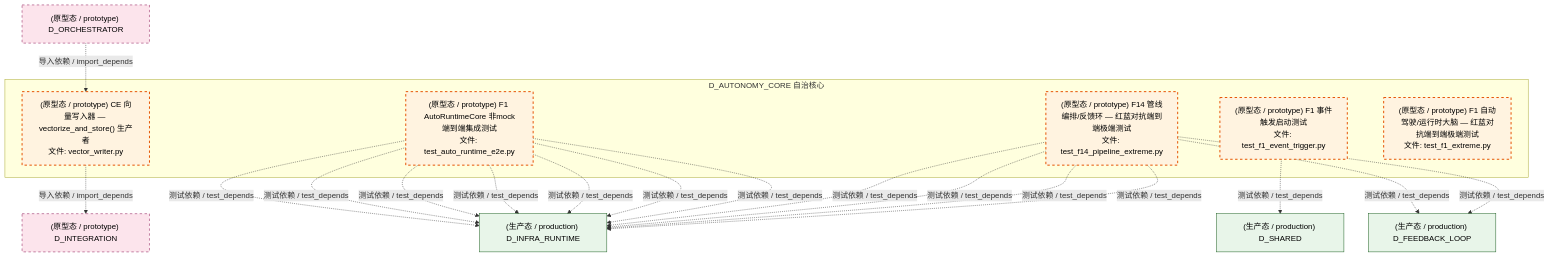
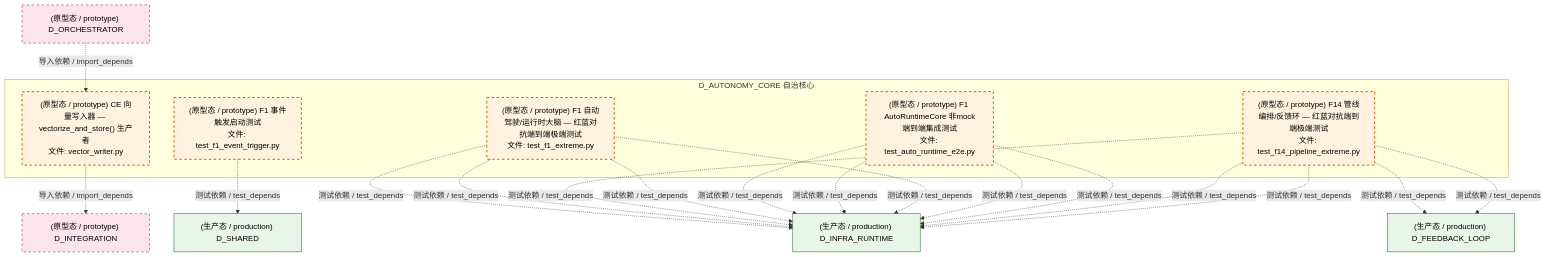
Before and after one commit to xuanFelixVan/ZephyrAlpha: the seventh of 8 diagrams in docs/02_enterprise_architecture/02_domain_architecture_docs/07_d_autonomy_core.md, drawn with Mermaid. The commit also changed 85 other files, not shown here.

````diff
--- a/docs/02_enterprise_architecture/02_domain_architecture_docs/07_d_autonomy_core.md
+++ b/docs/02_enterprise_architecture/02_domain_architecture_docs/07_d_autonomy_core.md
@@ -744,38 +744,38 @@
 ```mermaid
 graph TD
     subgraph D_AUTONOMY_CORE["D_AUTONOMY_CORE 自治核心"]
         src_zephyr_integration_vector_memory_vector_writer_py["(原型态 / prototype) CE 向量写入器 — vectorize_and_store() 生产者<br/>文件: vector_writer.py"]
         tests_automation_test_auto_runtime_e2e_py["(原型态 / prototype) F1 AutoRuntimeCore 非mock端到端集成测试<br/>文件: test_auto_runtime_e2e.py"]
         tests_f_lifecycle_test_f1_event_trigger_py["(原型态 / prototype) F1 事件触发启动测试<br/>文件: test_f1_event_trigger.py"]
         tests_trading_extreme_test_f14_pipeline_extreme_py["(原型态 / prototype) F14 管线编排/反馈环 — 红蓝对抗端到端极端测试<br/>文件: test_f14_pipeline_extreme.py"]
         tests_trading_extreme_test_f1_extreme_py["(原型态 / prototype) F1 自动驾驶/运行时大脑 — 红蓝对抗端到端极端测试<br/>文件: test_f1_extreme.py"]
     end
+    D_SHARED["(生产态 / production) D_SHARED"]
+    tests_f_lifecycle_test_f1_event_trigger_py -.->|测试依赖 / test_depends| D_SHARED
+    D_INFRA_RUNTIME["(生产态 / production) D_INFRA_RUNTIME"]
+    tests_trading_extreme_test_f14_pipeline_extreme_py -.->|测试依赖 / test_depends| D_INFRA_RUNTIME
+    tests_trading_extreme_test_f14_pipeline_extreme_py -.->|测试依赖 / test_depends| D_INFRA_RUNTIME
+    tests_automation_test_auto_runtime_e2e_py -.->|测试依赖 / test_depends| D_INFRA_RUNTIME
+    tests_automation_test_auto_runtime_e2e_py -.->|测试依赖 / test_depends| D_INFRA_RUNTIME
+    tests_trading_extreme_test_f1_extreme_py -.->|测试依赖 / test_depends| D_INFRA_RUNTIME
+    tests_automation_test_auto_runtime_e2e_py -.->|测试依赖 / test_depends| D_INFRA_RUNTIME
+    D_FEEDBACK_LOOP["(生产态 / production) D_FEEDBACK_LOOP"]
+    tests_trading_extreme_test_f14_pipeline_extreme_py -.->|测试依赖 / test_depends| D_FEEDBACK_LOOP
+    tests_automation_test_auto_runtime_e2e_py -.->|测试依赖 / test_depends| D_INFRA_RUNTIME
+    tests_trading_extreme_test_f1_extreme_py -.->|测试依赖 / test_depends| D_INFRA_RUNTIME
+    tests_trading_extreme_test_f14_pipeline_extreme_py -.->|测试依赖 / test_depends| D_FEEDBACK_LOOP
     D_INTEGRATION["(原型态 / prototype) D_INTEGRATION"]
     src_zephyr_integration_vector_memory_vector_writer_py -.->|导入依赖 / import_depends| D_INTEGRATION
-    D_INFRA_RUNTIME["(生产态 / production) D_INFRA_RUNTIME"]
-    tests_automation_test_auto_runtime_e2e_py -.->|测试依赖 / test_depends| D_INFRA_RUNTIME
-    tests_automation_test_auto_runtime_e2e_py -.->|测试依赖 / test_depends| D_INFRA_RUNTIME
-    tests_automation_test_auto_runtime_e2e_py -.->|测试依赖 / test_depends| D_INFRA_RUNTIME
-    tests_automation_test_auto_runtime_e2e_py -.->|测试依赖 / test_depends| D_INFRA_RUNTIME
-    tests_automation_test_auto_runtime_e2e_py -.->|测试依赖 / test_depends| D_INFRA_RUNTIME
-    tests_automation_test_auto_runtime_e2e_py -.->|测试依赖 / test_depends| D_INFRA_RUNTIME
-    tests_automation_test_auto_runtime_e2e_py -.->|测试依赖 / test_depends| D_INFRA_RUNTIME
-    D_SHARED["(生产态 / production) D_SHARED"]
-    tests_f_lifecycle_test_f1_event_trigger_py -.->|测试依赖 / test_depends| D_SHARED
-    D_FEEDBACK_LOOP["(生产态 / production) D_FEEDBACK_LOOP"]
-    tests_trading_extreme_test_f14_pipeline_extreme_py -.->|测试依赖 / test_depends| D_FEEDBACK_LOOP
-    tests_trading_extreme_test_f14_pipeline_extreme_py -.->|测试依赖 / test_depends| D_FEEDBACK_LOOP
     tests_trading_extreme_test_f14_pipeline_extreme_py -.->|测试依赖 / test_depends| D_INFRA_RUNTIME
-    tests_trading_extreme_test_f14_pipeline_extreme_py -.->|测试依赖 / test_depends| D_INFRA_RUNTIME
-    tests_trading_extreme_test_f14_pipeline_extreme_py -.->|测试依赖 / test_depends| D_INFRA_RUNTIME
-    tests_trading_extreme_test_f14_pipeline_extreme_py -.->|测试依赖 / test_depends| D_INFRA_RUNTIME
+    tests_trading_extreme_test_f1_extreme_py -.->|测试依赖 / test_depends| D_INFRA_RUNTIME
+    tests_trading_extreme_test_f1_extreme_py -.->|测试依赖 / test_depends| D_INFRA_RUNTIME
     D_ORCHESTRATOR["(原型态 / prototype) D_ORCHESTRATOR"]
     D_ORCHESTRATOR -.->|导入依赖 / import_depends| src_zephyr_integration_vector_memory_vector_writer_py
     classDef production fill:#e1f5fe,stroke:#01579b,stroke-width:2px,color:#000
     classDef design fill:#fff3e0,stroke:#e65100,stroke-width:2px,color:#000,stroke-dasharray: 5 5
     classDef external_prod fill:#e8f5e9,stroke:#1b5e20,stroke-width:1px,color:#000
     classDef external_design fill:#fce4ec,stroke:#880e4f,stroke-width:1px,color:#000,stroke-dasharray: 5 5
     class src_zephyr_integration_vector_memory_vector_writer_py,tests_automation_test_auto_runtime_e2e_py,tests_f_lifecycle_test_f1_event_trigger_py,tests_trading_extreme_test_f14_pipeline_extreme_py,tests_trading_extreme_test_f1_extreme_py design
-    class D_INFRA_RUNTIME,D_SHARED,D_FEEDBACK_LOOP external_prod
+    class D_SHARED,D_INFRA_RUNTIME,D_FEEDBACK_LOOP external_prod
     class D_INTEGRATION,D_ORCHESTRATOR external_design
 ```
````
